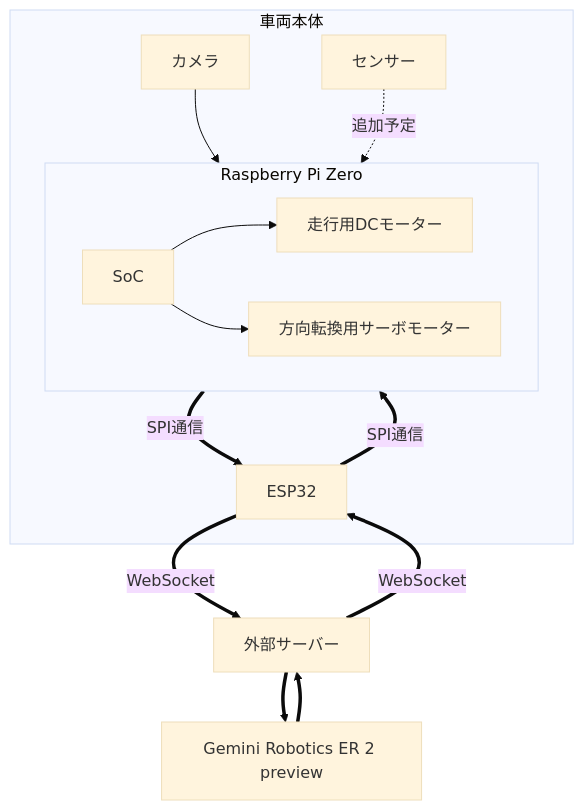
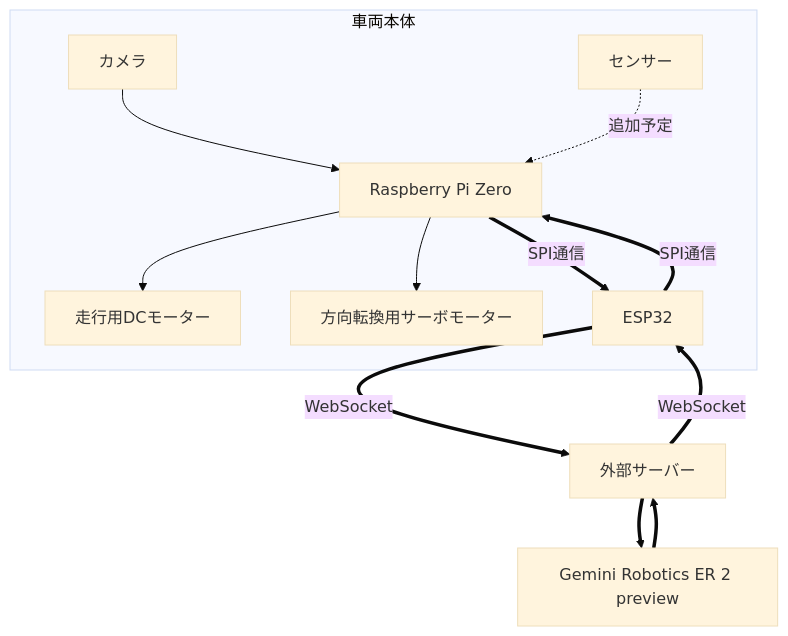
Before and after one commit to Hita-haru/ai-car: the diagram in README.md, drawn with Mermaid (base theme).

````diff
--- a/README.md
+++ b/README.md
@@ -11,20 +11,19 @@
 ```mermaid
 flowchart TD
 subgraph machine[車両本体]
-    subgraph rasp[Raspberry Pi Zero]
-        raspsoc[SoC] --> dcmotor[走行用DCモーター]
-        raspsoc --> servomotor[方向転換用サーボモーター]
-    end
+    rasp[Raspberry Pi Zero]
+    rasp --> dcmotor[走行用DCモーター]
+    rasp --> servomotor[方向転換用サーボモーター]
     esp[ESP32]
     cam[カメラ] --> rasp
     sensor[センサー] -.->|追加予定| rasp
 end
 server[外部サーバー]
 google[Gemini Robotics ER 2 preview]
 esp ==>|SPI通信| rasp
 rasp ==>|SPI通信| esp
 esp ==>|WebSocket| server
 server ==>|WebSocket| esp
 server ==> google
 google ==> server
 ```
````
